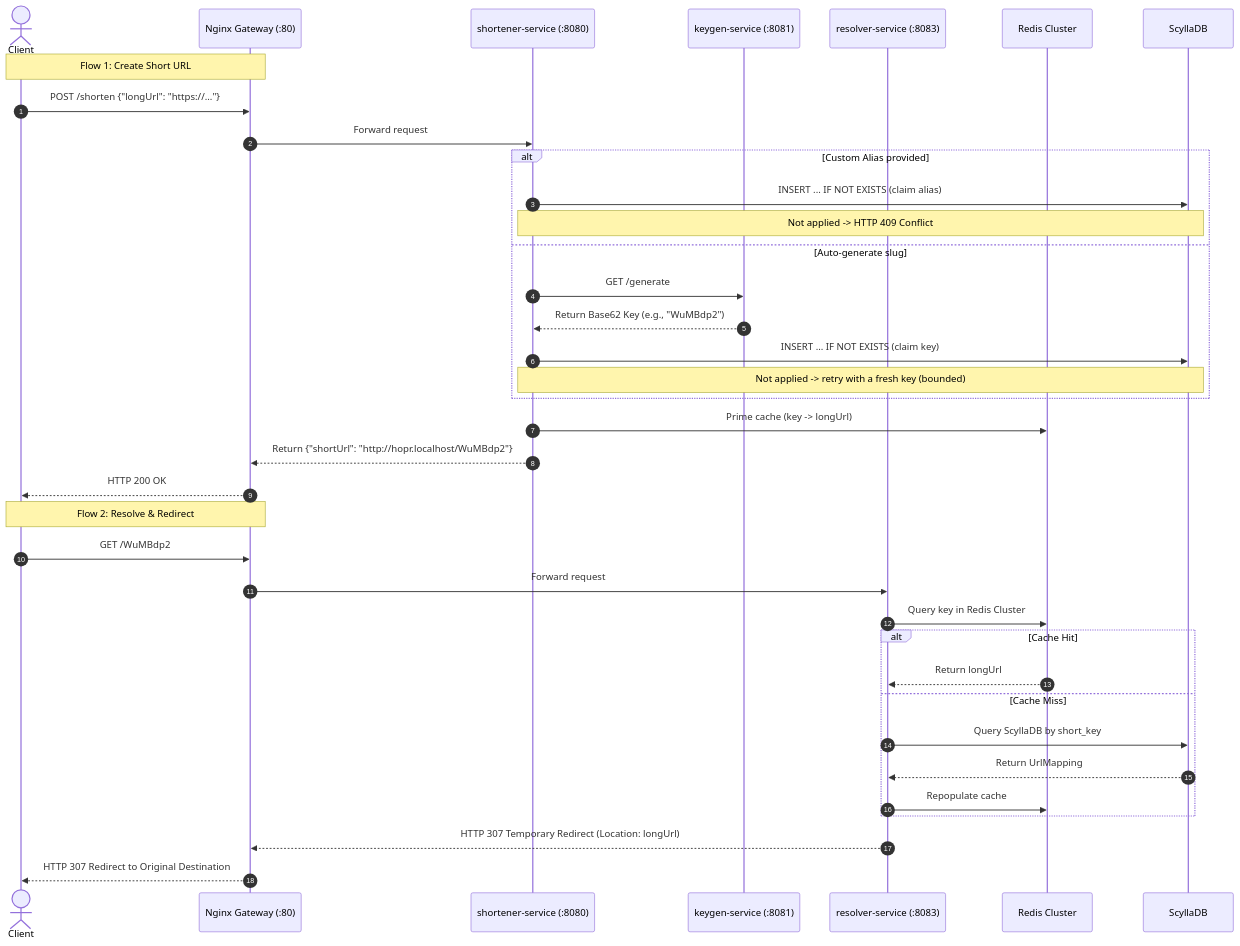
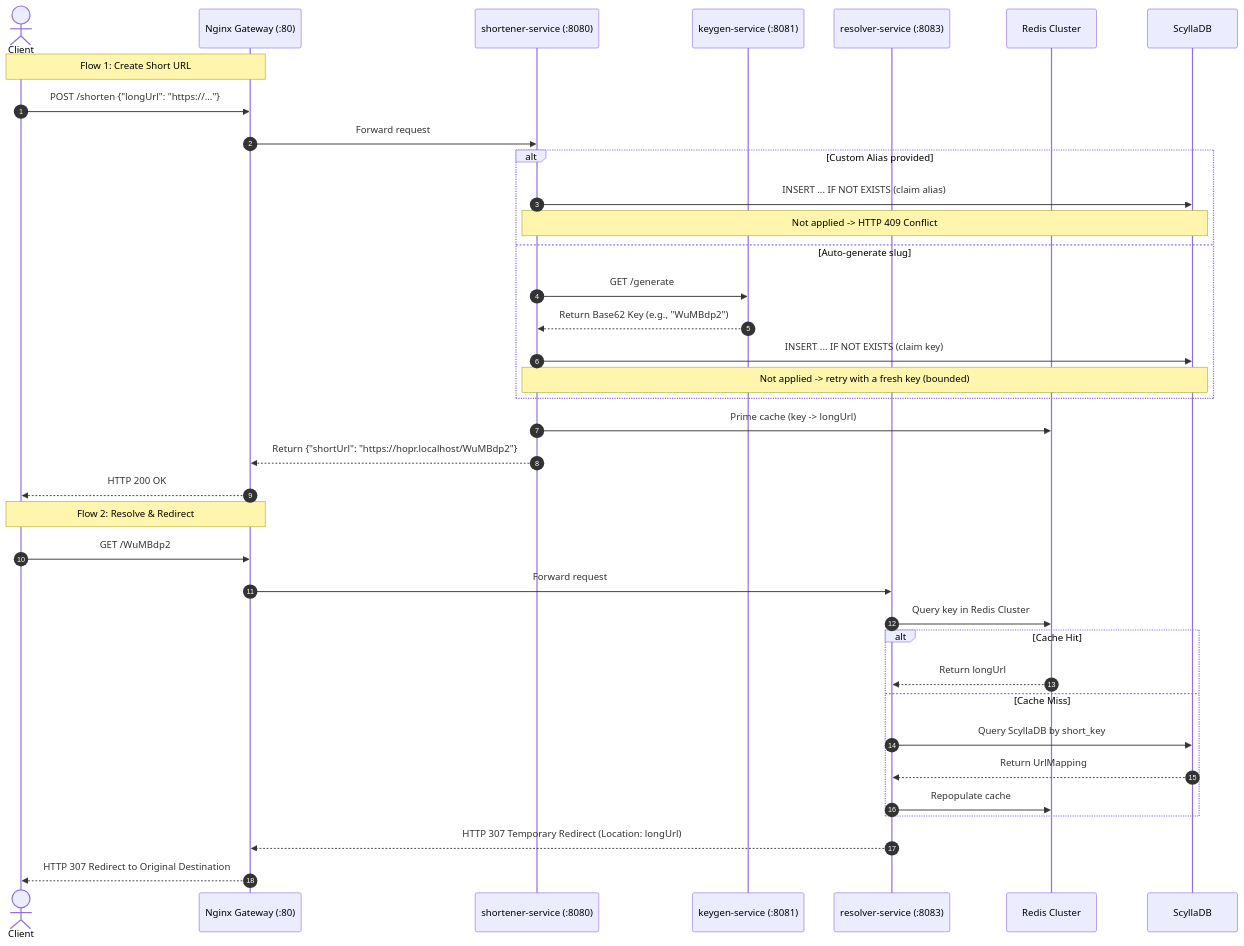
One commit to pcaokhai/Hopr changed the second of 2 diagrams in README.md. Above: the diagram before and after it, drawn with Mermaid. The commit also changed other lines of this file and 19 other files, not shown here.

````diff
--- a/README.md
+++ b/README.md
@@ -89,41 +90,41 @@
 ```mermaid
 sequenceDiagram
     autonumber
     actor User as Client
     participant GW as Nginx Gateway (:80)
     participant SS as shortener-service (:8080)
     participant KS as keygen-service (:8081)
     participant RS as resolver-service (:8083)
     participant RC as Redis Cluster
     participant DB as ScyllaDB
 
     Note over User, GW: Flow 1: Create Short URL
     User->>GW: POST /shorten {"longUrl": "https://..."}
     GW->>SS: Forward request
     alt Custom Alias provided
         SS->>DB: INSERT ... IF NOT EXISTS (claim alias)
         Note over SS, DB: Not applied -> HTTP 409 Conflict
     else Auto-generate slug
         SS->>KS: GET /generate
         KS-->>SS: Return Base62 Key (e.g., "WuMBdp2")
         SS->>DB: INSERT ... IF NOT EXISTS (claim key)
         Note over SS, DB: Not applied -> retry with a fresh key (bounded)
     end
     SS->>RC: Prime cache (key -> longUrl)
-    SS-->>GW: Return {"shortUrl": "http://hopr.localhost/WuMBdp2"}
+    SS-->>GW: Return {"shortUrl": "https://hopr.localhost/WuMBdp2"}
     GW-->>User: HTTP 200 OK
 
     Note over User, GW: Flow 2: Resolve & Redirect
     User->>GW: GET /WuMBdp2
     GW->>RS: Forward request
     RS->>RC: Query key in Redis Cluster
     alt Cache Hit
         RC-->>RS: Return longUrl
     else Cache Miss
         RS->>DB: Query ScyllaDB by short_key
         DB-->>RS: Return UrlMapping
         RS->>RC: Repopulate cache
     end
     RS-->>GW: HTTP 307 Temporary Redirect (Location: longUrl)
     GW-->>User: HTTP 307 Redirect to Original Destination
 ```
````
